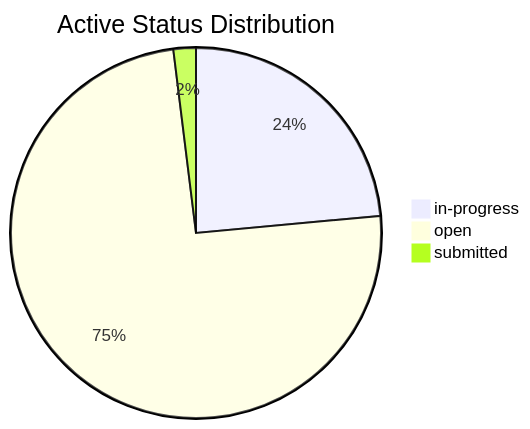
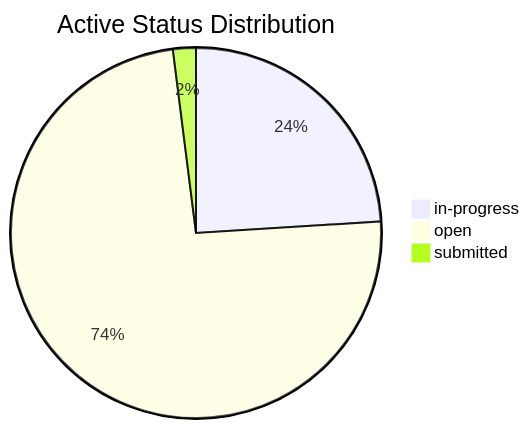
The second of 3 diagrams in dashboard.md (mgosal/5et.uk), drawn with Mermaid before and after one commit. The commit also changed other lines of this file and 2 other files, not shown here.

````diff
--- a/dashboard.md
+++ b/dashboard.md
@@ -90,6 +89,6 @@
 ```mermaid
 pie title Active Status Distribution
     "in-progress" : 12
-    "open" : 38
+    "open" : 37
     "submitted" : 1
 ```
````
